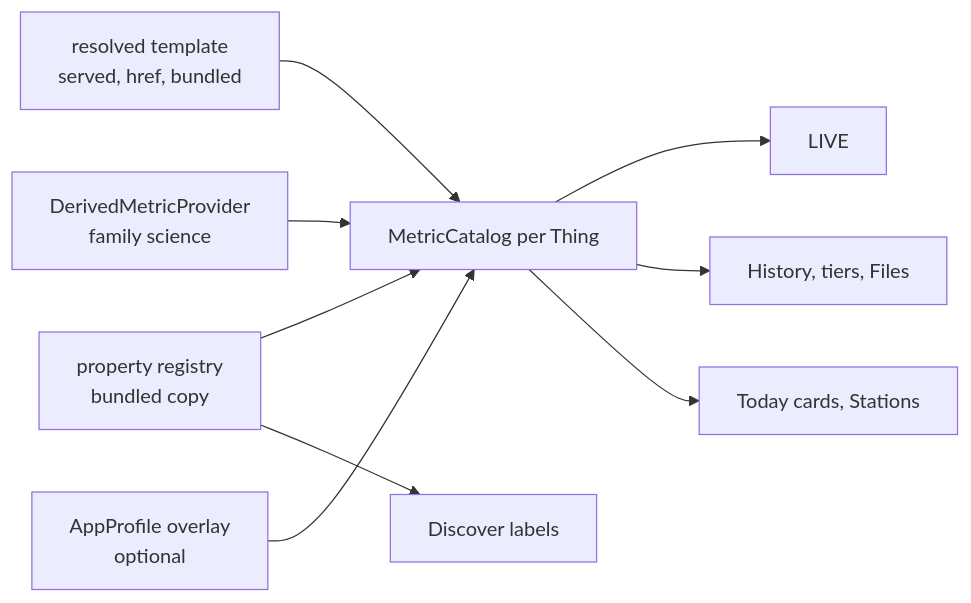
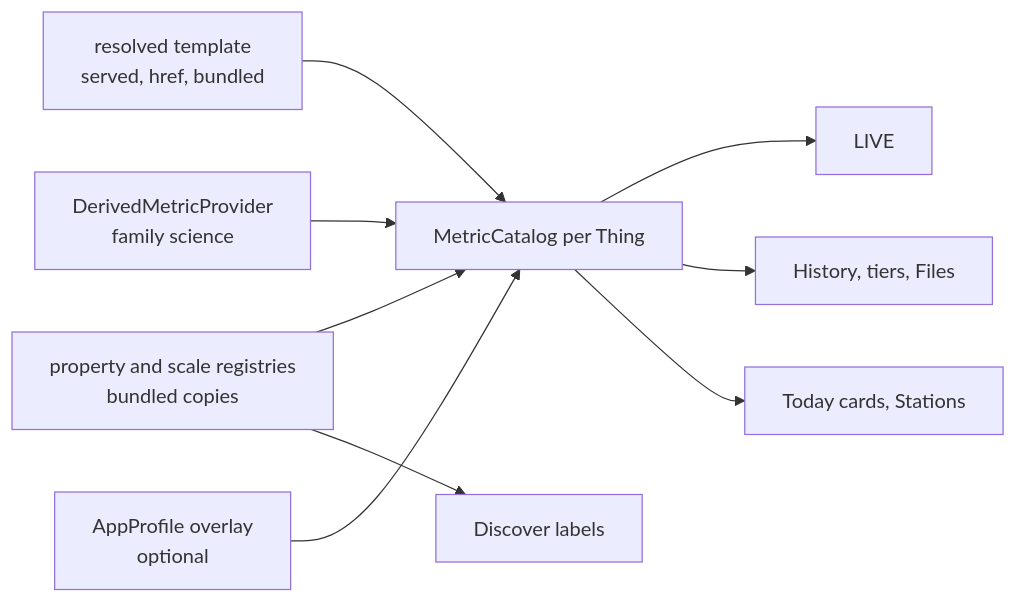
One commit to walkthru-earth/opensensor-space-mobile changed the diagram in docs/superpowers/specs/2026-11-17-metadata-driven-app/metrics.md. Above: the diagram before and after it, drawn with Mermaid. The commit also changed other lines of this file and 2 other files, not shown here.

````diff
--- a/docs/superpowers/specs/2026-11-17-metadata-driven-app/metrics.md
+++ b/docs/superpowers/specs/2026-11-17-metadata-driven-app/metrics.md
@@ -9,11 +9,11 @@
 ```mermaid
 flowchart LR
   T[resolved template<br/>served, href, bundled] --> C[MetricCatalog per Thing]
-  R[property registry<br/>bundled copy] --> C
+  R[property and scale registries<br/>bundled copies] --> C
   F[DerivedMetricProvider<br/>family science] --> C
   P[AppProfile overlay<br/>optional] --> C
   C --> L[LIVE]
   C --> H[History, tiers, Files]
   C --> D[Today cards, Stations]
   R --> X[Discover labels]
 ```
````
